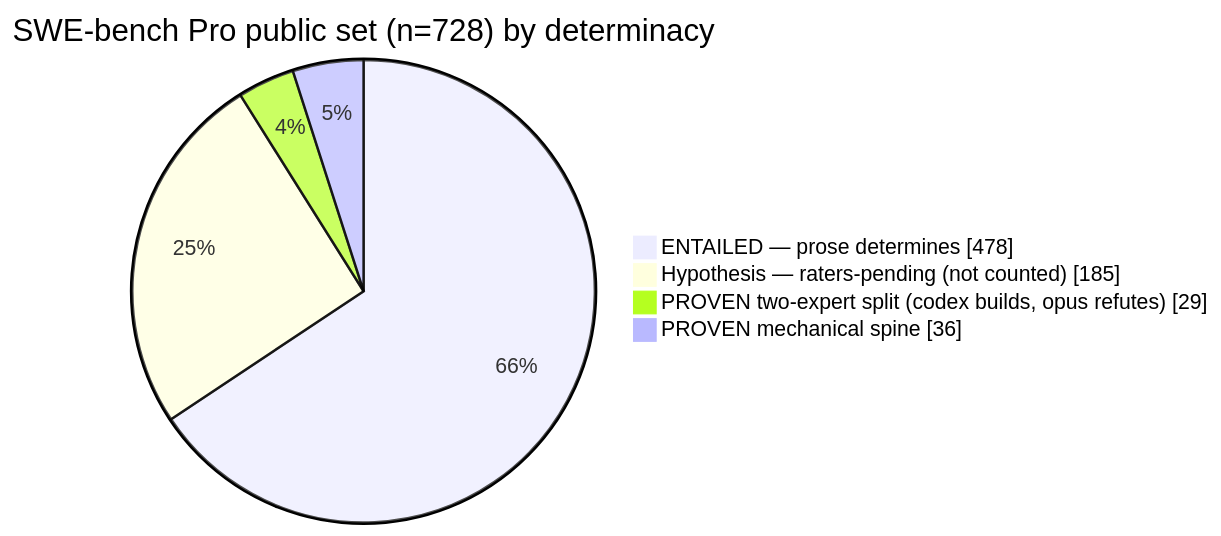
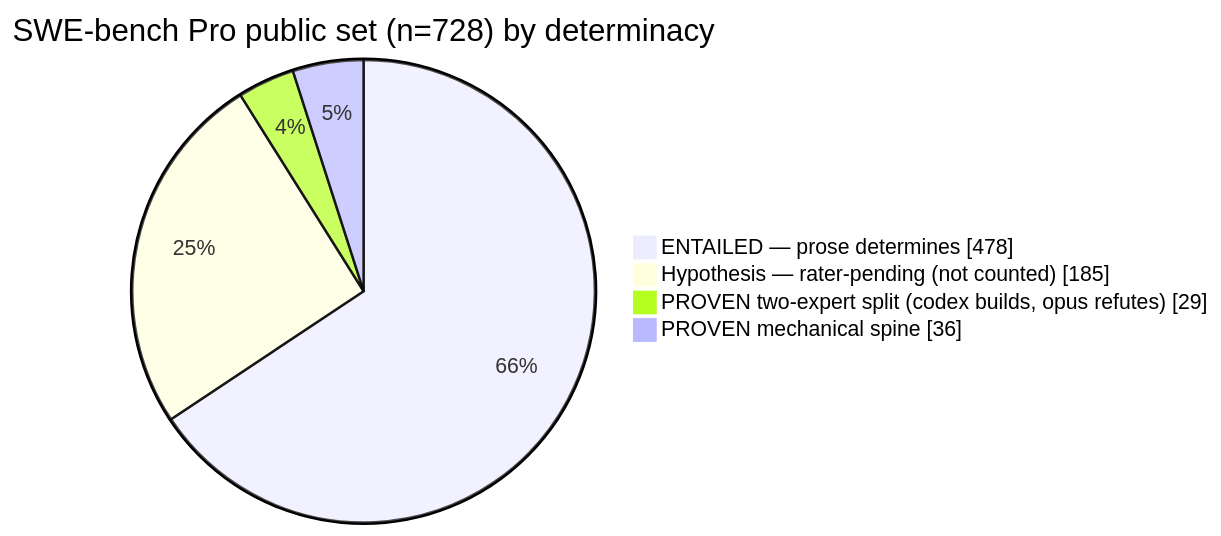
One commit to kimjune01/swebench-pro-audit changed the diagram in README.md. Above: the diagram before and after it, drawn with Mermaid. The commit also changed other lines of this file, not shown here.

````diff
--- a/README.md
+++ b/README.md
@@ -70,7 +93,7 @@
 ```mermaid
 pie showData title SWE-bench Pro public set (n=728) by determinacy
     "ENTAILED — prose determines" : 478
-    "Hypothesis — raters-pending (not counted)" : 185
+    "Hypothesis — rater-pending (not counted)" : 185
     "PROVEN two-expert split (codex builds, opus refutes)" : 29
     "PROVEN mechanical spine" : 36
 ```
````
